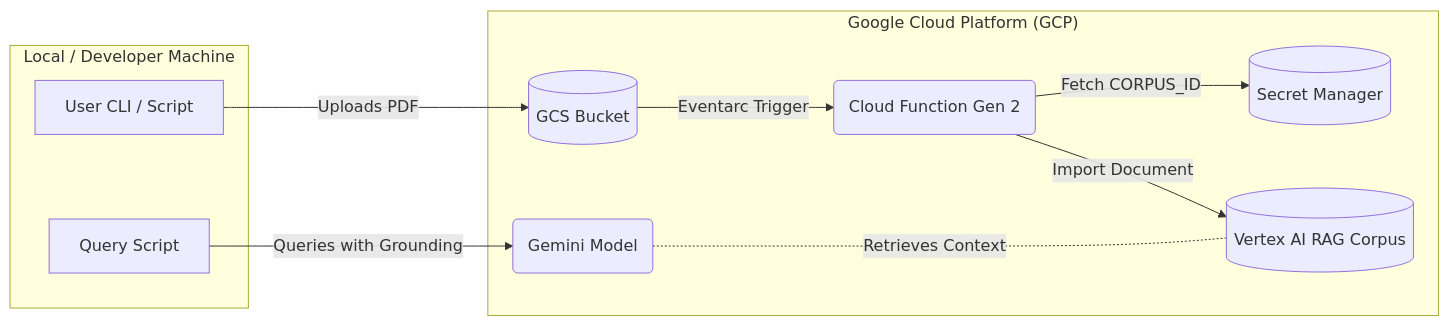
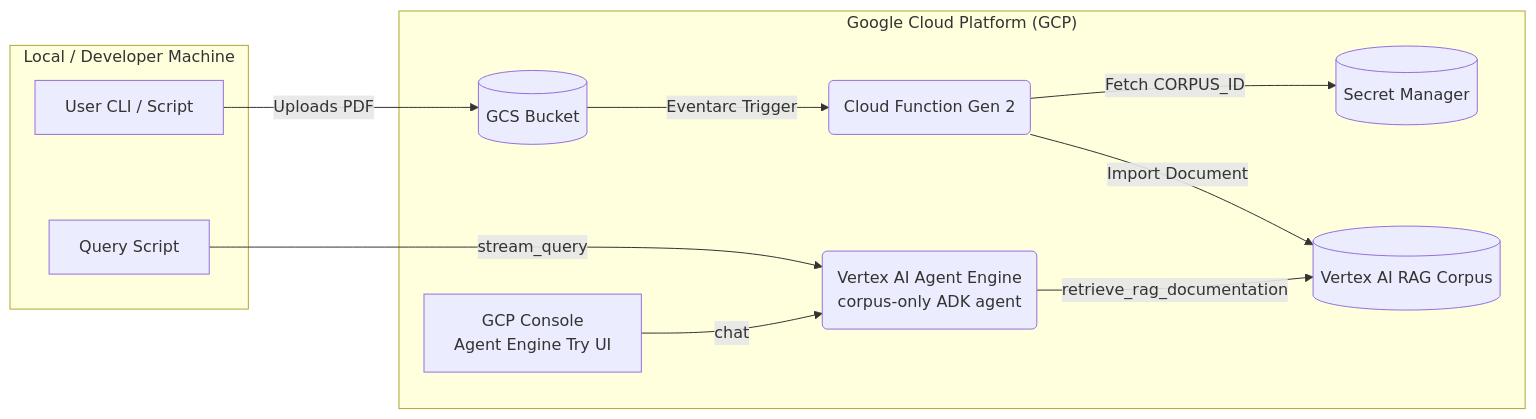
The diagram in README.md (danielvogler/Gemini-Rag-Automator), drawn with Mermaid before and after one commit. The commit also changed other lines of this file and 23 other files, not shown here.

First line of the commit message:
feat: corpus-only ADK agent on Vertex AI Agent Engine (#5)

````diff
--- a/README.md
+++ b/README.md
@@ -15,22 +15,24 @@
 ```mermaid
 flowchart LR
     subgraph Local["Local / Developer Machine"]
         A[User CLI / Script]
         Q[Query Script]
     end
 
     subgraph GCP["Google Cloud Platform (GCP)"]
         B[(GCS Bucket)]
         C(Cloud Function Gen 2)
         D[(Secret Manager)]
         E[(Vertex AI RAG Corpus)]
-        LLM(Gemini Model)
+        AE(Vertex AI Agent Engine\ncorpus-only ADK agent)
+        UI[GCP Console\nAgent Engine Try UI]
     end
 
     A -->|Uploads PDF| B
     B -->|Eventarc Trigger| C
     C -->|Fetch CORPUS_ID| D
     C -->|Import Document| E
-    Q -->|Queries with Grounding| LLM
-    LLM -.- |Retrieves Context| E
+    Q -->|stream_query| AE
+    UI -->|chat| AE
+    AE -->|retrieve_rag_documentation| E
 ```
````
